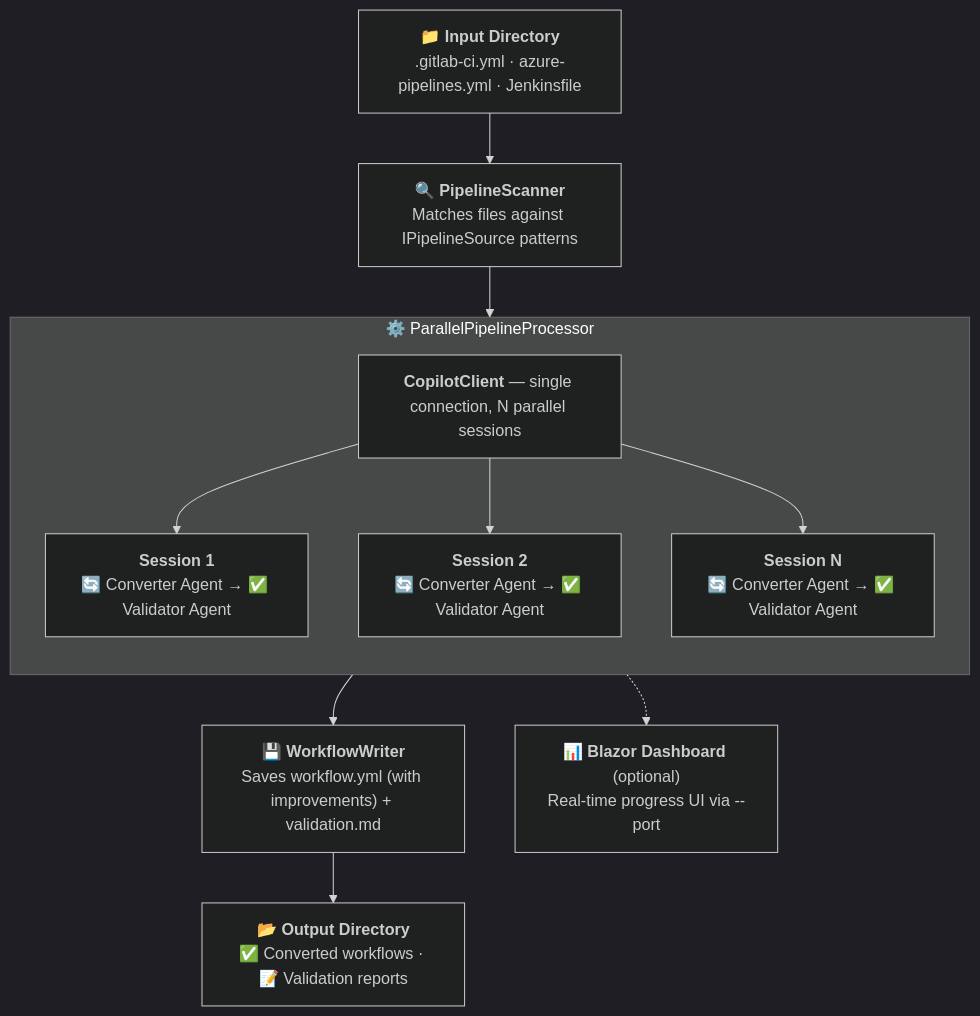
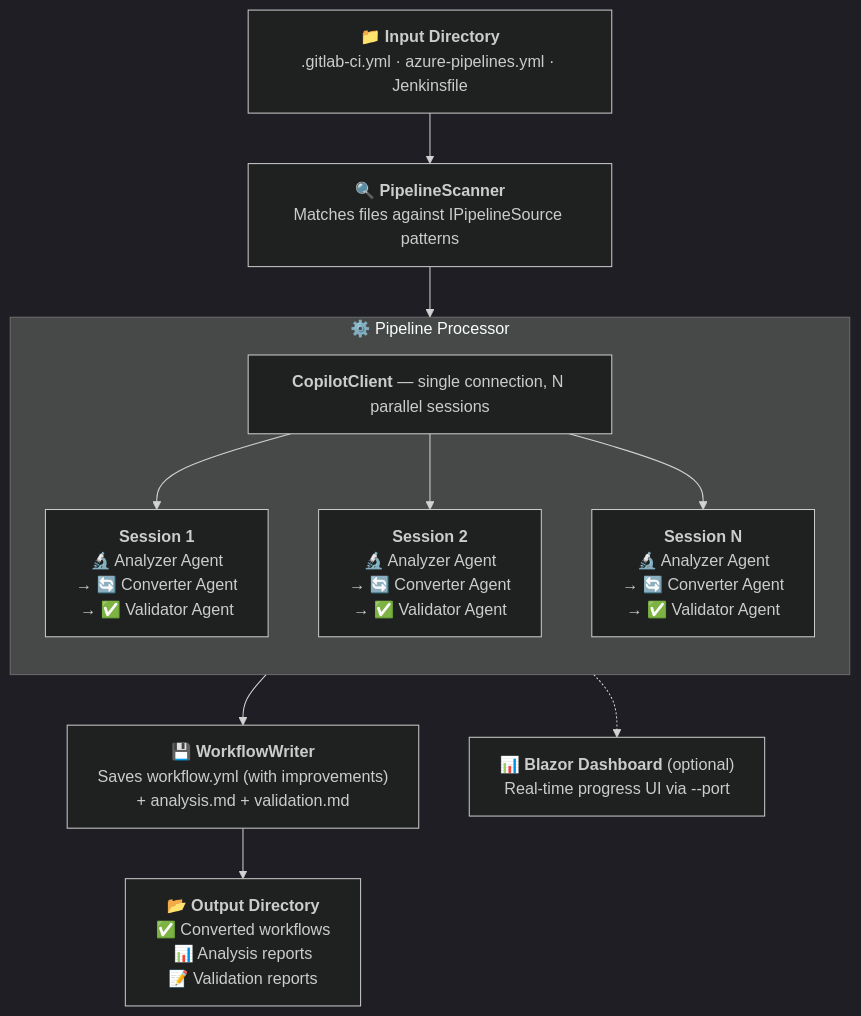
One commit to Frank802/ghcp-action-importer changed the diagram in README.md. Above: the diagram before and after it, drawn with Mermaid (dark theme). The commit also changed other lines of this file, not shown here.

Commit message:
Update README.md: enhance pipeline processing documentation with analysis phase details and report generation

````diff
--- a/README.md
+++ b/README.md
@@ -25,32 +27,37 @@
 ```mermaid
+---
+config:
+  flowchart:
+    wrappingWidth: 300
+---
 flowchart TB
     Input["📁 <b>Input Directory</b><br/>.gitlab-ci.yml · azure-pipelines.yml · Jenkinsfile"]
 
     Scan["🔍 <b>PipelineScanner</b><br/>Matches files against IPipelineSource patterns"]
 
     Input --> Scan
 
-    subgraph Process["⚙️ ParallelPipelineProcessor"]
+    subgraph Process["⚙️ Pipeline Processor"]
         direction TB
         Client["<b>CopilotClient</b> — single connection, N parallel sessions"]
         Client --> S1 & S2 & SN
 
-        S1["<b>Session 1</b><br/>🔄 Converter Agent → ✅ Validator Agent"]
-        S2["<b>Session 2</b><br/>🔄 Converter Agent → ✅ Validator Agent"]
-        SN["<b>Session N</b><br/>🔄 Converter Agent → ✅ Validator Agent"]
+        S1["<b>Session 1</b><br/>🔬 Analyzer Agent<br/>→ 🔄 Converter Agent<br/>→ ✅ Validator Agent"]
+        S2["<b>Session 2</b><br/>🔬 Analyzer Agent<br/>→ 🔄 Converter Agent<br/>→ ✅ Validator Agent"]
+        SN["<b>Session N</b><br/>🔬 Analyzer Agent<br/>→ 🔄 Converter Agent<br/>→ ✅ Validator Agent"]
     end
 
     Scan --> Process
 
-    Write["💾 <b>WorkflowWriter</b><br/>Saves workflow.yml (with improvements) + validation.md"]
+    Write["💾 <b>WorkflowWriter</b><br/>Saves workflow.yml (with improvements)<br/>+ analysis.md + validation.md"]
 
     Process --> Write
 
-    Output["📂 <b>Output Directory</b><br/>✅ Converted workflows · 📝 Validation reports"]
+    Output["📂 <b>Output Directory</b><br/>✅ Converted workflows<br/>📊 Analysis reports<br/>📝 Validation reports"]
 
     Write --> Output
 
     Dashboard["📊 <b>Blazor Dashboard</b> (optional)<br/>Real-time progress UI via --port"]
 
     Process -.-> Dashboard
 ```
````
